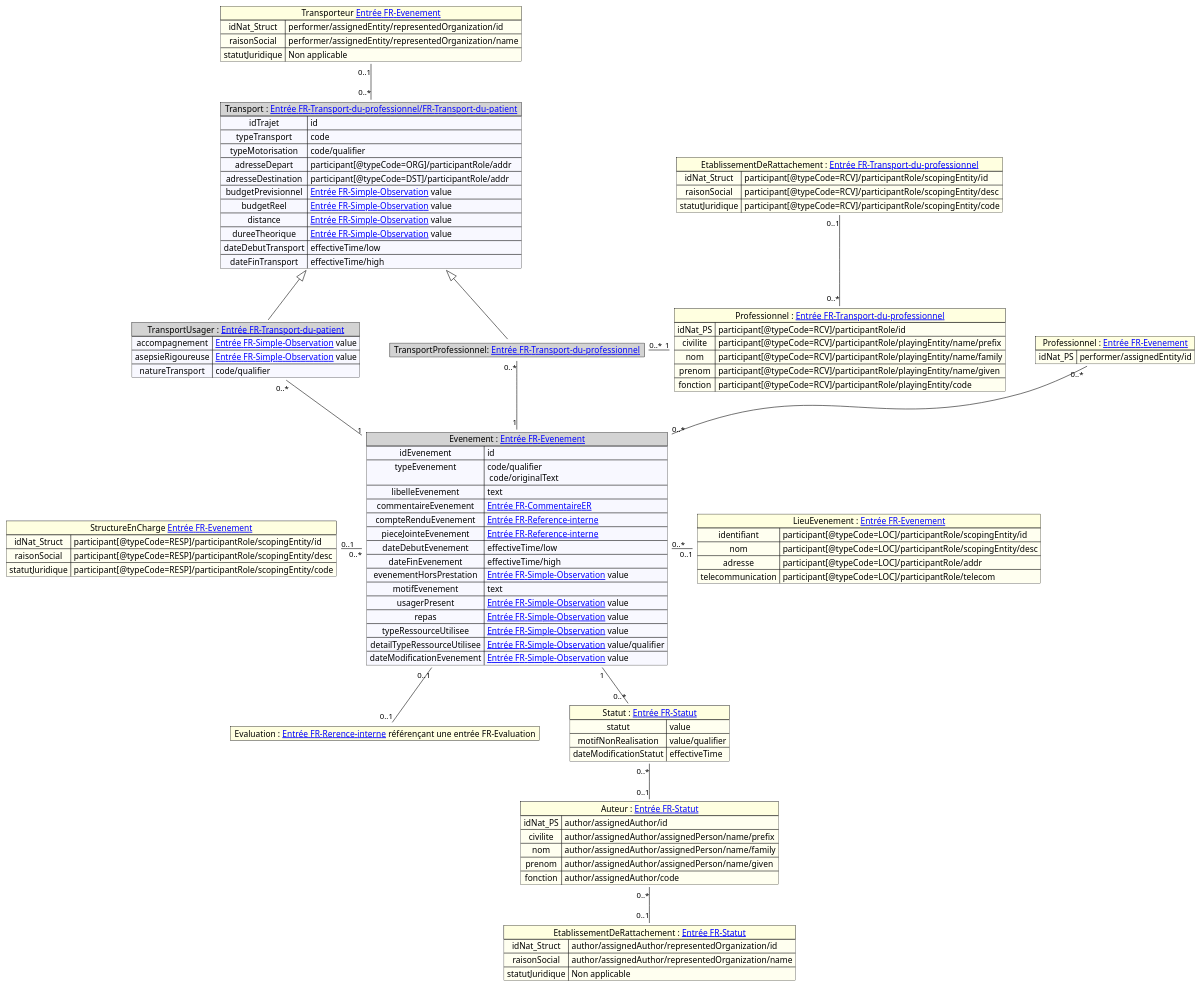
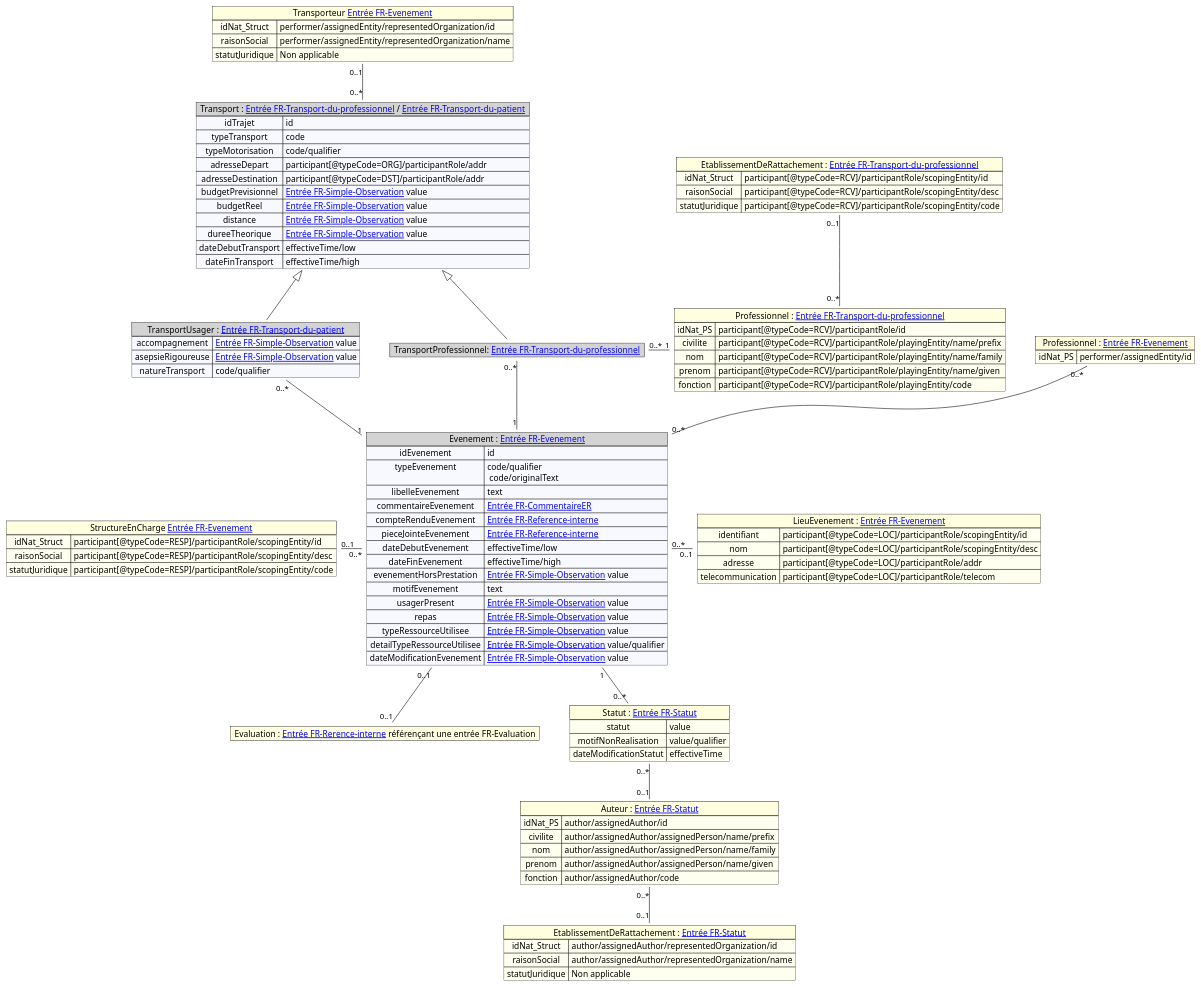
Before and after one commit to ansforge/IG-fhir-transfert-donnees-dui-esms: the diagram in input/images-source/mapping_evenement.plantuml, drawn with PlantUML. The commit also changed 4 other files, not shown here.

```diff
--- a/input/images-source/mapping_evenement.plantuml
+++ b/input/images-source/mapping_evenement.plantuml
@@ -1,129 +1,129 @@
 @startuml
 
 
-map "Evenement : [[contenu_dossier_corps_cda.html Entrée FR-Evenement]]" as Evenement #back:ghostWhite;header:LightGray {
+map "Evenement : [[contenu_dossier_corps_cda.html#entrée-fr-evenement Entrée FR-Evenement]]" as Evenement #back:ghostWhite;header:LightGray {
     idEvenement => id
     typeEvenement => code/qualifier \n code/originalText
     libelleEvenement => text
-    commentaireEvenement => [[contenu_dossier_corps_cda.html Entrée FR-CommentaireER]]
-    compteRenduEvenement => [[contenu_dossier_corps_cda.html Entrée FR-Reference-interne]]
-    pieceJointeEvenement => [[contenu_dossier_corps_cda.html Entrée FR-Reference-interne]]
+    commentaireEvenement => [[contenu_dossier_corps_cda.html#entrée-fr-commentaire-er Entrée FR-CommentaireER]]
+    compteRenduEvenement => [[contenu_dossier_corps_cda.html#entrée-fr-reference-interne Entrée FR-Reference-interne]]
+    pieceJointeEvenement => [[contenu_dossier_corps_cda.html#entrée-fr-reference-interne Entrée FR-Reference-interne]]
     dateDebutEvenement => effectiveTime/low
     dateFinEvenement => effectiveTime/high
-    evenementHorsPrestation => [[contenu_dossier_corps_cda.html Entrée FR-Simple-Observation]] value
+    evenementHorsPrestation => [[contenu_dossier_corps_cda.html#entrée-fr-simple-observation Entrée FR-Simple-Observation]] value
     motifEvenement => text
-    usagerPresent => [[contenu_dossier_corps_cda.html Entrée FR-Simple-Observation]] value
-    repas => [[contenu_dossier_corps_cda.html Entrée FR-Simple-Observation]] value
-    typeRessourceUtilisee => [[contenu_dossier_corps_cda.html Entrée FR-Simple-Observation]] value
-    detailTypeRessourceUtilisee => [[contenu_dossier_corps_cda.html Entrée FR-Simple-Observation]] value/qualifier
-    dateModificationEvenement => [[contenu_dossier_corps_cda.html Entrée FR-Simple-Observation]] value
+    usagerPresent => [[contenu_dossier_corps_cda.html#entrée-fr-simple-observation Entrée FR-Simple-Observation]] value
+    repas => [[contenu_dossier_corps_cda.html#entrée-fr-simple-observation Entrée FR-Simple-Observation]] value
+    typeRessourceUtilisee => [[contenu_dossier_corps_cda.html#entrée-fr-simple-observation Entrée FR-Simple-Observation]] value
+    detailTypeRessourceUtilisee => [[contenu_dossier_corps_cda.html#entrée-fr-simple-observation Entrée FR-Simple-Observation]] value/qualifier
+    dateModificationEvenement => [[contenu_dossier_corps_cda.html#entrée-fr-simple-observation Entrée FR-Simple-Observation]] value
 }
-map "Transport : [[contenu_dossier_corps_cda.html Entrée FR-Transport-du-professionnel/FR-Transport-du-patient]]" as Transport#back:ghostWhite;header:LightGray {
+map "Transport : [[contenu_dossier_corps_cda.html#entrée-fr-transport-du-professionnel Entrée FR-Transport-du-professionnel]] / [[contenu_dossier_corps_cda.html#entrée-fr-transport-du-patient Entrée FR-Transport-du-patient]]" as Transport#back:ghostWhite;header:LightGray {
     idTrajet => id
     typeTransport => code
     typeMotorisation => code/qualifier
     adresseDepart => participant[@typeCode=ORG]/participantRole/addr
     adresseDestination => participant[@typeCode=DST]/participantRole/addr
-    budgetPrevisionnel => [[contenu_dossier_corps_cda.html Entrée FR-Simple-Observation]] value
-    budgetReel => [[contenu_dossier_corps_cda.html Entrée FR-Simple-Observation]] value
-    distance => [[contenu_dossier_corps_cda.html Entrée FR-Simple-Observation]] value
-    dureeTheorique => [[contenu_dossier_corps_cda.html Entrée FR-Simple-Observation]] value
+    budgetPrevisionnel => [[contenu_dossier_corps_cda.html#entrée-fr-simple-observation Entrée FR-Simple-Observation]] value
+    budgetReel => [[contenu_dossier_corps_cda.html#entrée-fr-simple-observation Entrée FR-Simple-Observation]] value
+    distance => [[contenu_dossier_corps_cda.html#entrée-fr-simple-observation Entrée FR-Simple-Observation]] value
+    dureeTheorique => [[contenu_dossier_corps_cda.html#entrée-fr-simple-observation Entrée FR-Simple-Observation]] value
     dateDebutTransport => effectiveTime/low
     dateFinTransport => effectiveTime/high
 
 }
-map "Professionnel : [[contenu_dossier_corps_cda.html Entrée FR-Transport-du-professionnel]]" as ProfessionnelTransport #back:Ivory;header:LightYellow  {
+map "Professionnel : [[contenu_dossier_corps_cda.html#entrée-fr-transport-du-professionnel Entrée FR-Transport-du-professionnel]]" as ProfessionnelTransport #back:Ivory;header:LightYellow  {
     idNat_PS => participant[@typeCode=RCV]/participantRole/id
     civilite => participant[@typeCode=RCV]/participantRole/playingEntity/name/prefix
     nom => participant[@typeCode=RCV]/participantRole/playingEntity/name/family
     prenom => participant[@typeCode=RCV]/participantRole/playingEntity/name/given
     fonction => participant[@typeCode=RCV]/participantRole/playingEntity/code
 }
 
-map "EtablissementDeRattachement : [[contenu_dossier_corps_cda.html Entrée FR-Transport-du-professionnel]]" as etablissementDeRattachement #back:Ivory;header:LightYellow {
+map "EtablissementDeRattachement : [[contenu_dossier_corps_cda.html#entrée-fr-transport-du-professionnel Entrée FR-Transport-du-professionnel]]" as etablissementDeRattachement #back:Ivory;header:LightYellow {
     idNat_Struct => participant[@typeCode=RCV]/participantRole/scopingEntity/id
     raisonSocial => participant[@typeCode=RCV]/participantRole/scopingEntity/desc
     statutJuridique => participant[@typeCode=RCV]/participantRole/scopingEntity/code
 }
 
-map "Transporteur [[contenu_dossier_corps_cda.html Entrée FR-Evenement]]" as transporteur #back:Ivory;header:LightYellow  {
+map "Transporteur [[contenu_dossier_corps_cda.html#entrée-fr-evenement Entrée FR-Evenement]]" as transporteur #back:Ivory;header:LightYellow  {
     idNat_Struct => performer/assignedEntity/representedOrganization/id
     raisonSocial => performer/assignedEntity/representedOrganization/name
     statutJuridique =>  Non applicable
 }
 
-map "StructureEnCharge [[contenu_dossier_corps_cda.html Entrée FR-Evenement]]" as structureEnCharge #back:Ivory;header:LightYellow  {
+map "StructureEnCharge [[contenu_dossier_corps_cda.html#entrée-fr-evenement Entrée FR-Evenement]]" as structureEnCharge #back:Ivory;header:LightYellow  {
     idNat_Struct => participant[@typeCode=RESP]/participantRole/scopingEntity/id
     raisonSocial => participant[@typeCode=RESP]/participantRole/scopingEntity/desc
     statutJuridique => participant[@typeCode=RESP]/participantRole/scopingEntity/code
 }
 
 
-map "TransportProfessionnel: [[contenu_dossier_corps_cda.html Entrée FR-Transport-du-professionnel]]" as TransportPro#back:ghostWhite;header:LightGray {
+map "TransportProfessionnel: [[contenu_dossier_corps_cda.html#entrée-fr-transport-du-professionnel Entrée FR-Transport-du-professionnel]]" as TransportPro#back:ghostWhite;header:LightGray {
 }
 
 
 
-map "TransportUsager : [[contenu_dossier_corps_cda.html Entrée FR-Transport-du-patient]]" as TransportUsager#back:ghostWhite;header:LightGray {
-    accompagnement => [[contenu_dossier_corps_cda.html Entrée FR-Simple-Observation]] value
-    asepsieRigoureuse => [[contenu_dossier_corps_cda.html Entrée FR-Simple-Observation]] value
+map "TransportUsager : [[contenu_dossier_corps_cda.html#entrée-fr-transport-du-patient Entrée FR-Transport-du-patient]]" as TransportUsager#back:ghostWhite;header:LightGray {
+    accompagnement => [[contenu_dossier_corps_cda.html#entrée-fr-simple-observation Entrée FR-Simple-Observation]] value
+    asepsieRigoureuse => [[contenu_dossier_corps_cda.html#entrée-fr-simple-observation Entrée FR-Simple-Observation]] value
     natureTransport => code/qualifier
 
 }
 
-map "LieuEvenement : [[contenu_dossier_corps_cda.html Entrée FR-Evenement]]" as Lieu #back:Ivory;header:LightYellow  {
+map "LieuEvenement : [[contenu_dossier_corps_cda.html#entrée-fr-evenement Entrée FR-Evenement]]" as Lieu #back:Ivory;header:LightYellow  {
     identifiant => participant[@typeCode=LOC]/participantRole/scopingEntity/id    
     nom => participant[@typeCode=LOC]/participantRole/scopingEntity/desc
     adresse => participant[@typeCode=LOC]/participantRole/addr
     telecommunication => participant[@typeCode=LOC]/participantRole/telecom 
 }
 
-map "Evaluation : [[contenu_dossier_corps_cda.html Entrée FR-Rerence-interne]] référençant une entrée FR-Evaluation" as Evaluation #back:Ivory;header:LightYellow {
+map "Evaluation : [[contenu_dossier_corps_cda.html#entrée-fr-reference-interne Entrée FR-Rerence-interne]] référençant une entrée FR-Evaluation" as Evaluation #back:Ivory;header:LightYellow {
 }
 
-map "Statut : [[contenu_dossier_corps_cda.html Entrée FR-Statut]]" as Statut #back:Ivory;header:LightYellow{
+map "Statut : [[contenu_dossier_corps_cda.html#entrée-fr-statut Entrée FR-Statut]]" as Statut #back:Ivory;header:LightYellow{
     statut => value
     motifNonRealisation => value/qualifier
     dateModificationStatut => effectiveTime
 }
 
-map "Professionnel : [[contenu_dossier_corps_cda.html Entrée FR-Evenement]]" as ProfessionnelEvn #back:Ivory;header:LightYellow{
+map "Professionnel : [[contenu_dossier_corps_cda.html#entrée-fr-evenement Entrée FR-Evenement]]" as ProfessionnelEvn #back:Ivory;header:LightYellow{
     idNat_PS => performer/assignedEntity/id
 }
 
-map "Auteur : [[contenu_dossier_corps_cda.html Entrée FR-Statut]]" as AuteurStatut #back:Ivory;header:LightYellow {
+map "Auteur : [[contenu_dossier_corps_cda.html#entrée-fr-statut Entrée FR-Statut]]" as AuteurStatut #back:Ivory;header:LightYellow {
     idNat_PS => author/assignedAuthor/id
     civilite => author/assignedAuthor/assignedPerson/name/prefix
     nom => author/assignedAuthor/assignedPerson/name/family
     prenom => author/assignedAuthor/assignedPerson/name/given
     fonction => author/assignedAuthor/code
 }
 
-map "EtablissementDeRattachement : [[contenu_dossier_corps_cda.html Entrée FR-Statut]]" as etablissementDeRattachementAuthStatut #back:Ivory;header:LightYellow {
+map "EtablissementDeRattachement : [[contenu_dossier_corps_cda.html#entrée-fr-statut Entrée FR-Statut]]" as etablissementDeRattachementAuthStatut #back:Ivory;header:LightYellow {
     idNat_Struct => author/assignedAuthor/representedOrganization/id
     raisonSocial => author/assignedAuthor/representedOrganization/name
     statutJuridique => Non applicable
 }
 
 
 
 
 Evenement "1" -- "0..*" Statut
 Evenement "0..*" -right- "0..1" Lieu  
 ProfessionnelEvn "0..*" -- "0..*" Evenement
 structureEnCharge "0..1" -right- "0..*" Evenement
 Evenement "1" -up- "0..*" TransportPro 
 TransportPro "0..*" -right- "1" ProfessionnelTransport
 etablissementDeRattachement "0..1" -- "0..*" ProfessionnelTransport
 Transport <|-- TransportPro
 Transport <|-- TransportUsager
 TransportUsager "0..*" -- "1" Evenement
 Evenement "0..1" -- "0..1" Evaluation
 transporteur "0..1" -- "0..*" Transport
 Statut "0..*" -- "0..1" AuteurStatut
 AuteurStatut "0..*" -- "0..1" etablissementDeRattachementAuthStatut
 
 
 
 
 @enduml
```
